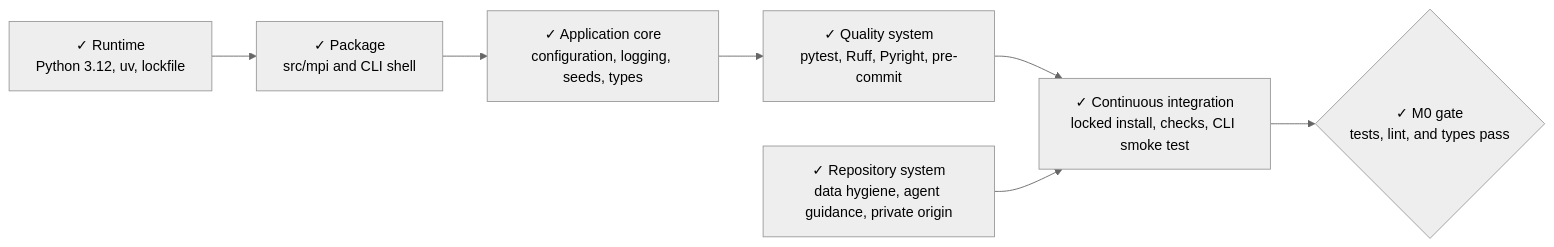
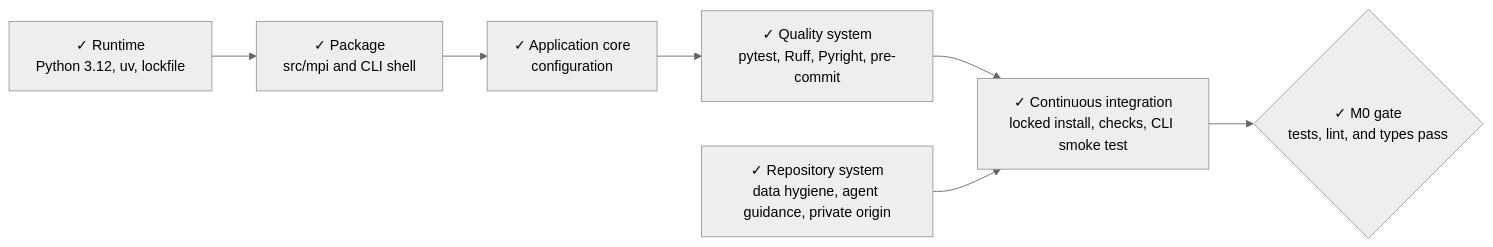
Before and after one commit to stevennitesh/manufacturing-process-intelligence: the diagram in docs/milestones/m00-foundation.md, drawn with Mermaid (neutral theme). The commit also changed 16 other files, not shown here.

````diff
--- a/docs/milestones/m00-foundation.md
+++ b/docs/milestones/m00-foundation.md
@@ -8,13 +8,13 @@
 ```mermaid
 flowchart LR
     R["✓ Runtime<br/>Python 3.12, uv, lockfile"]
     P["✓ Package<br/>src/mpi and CLI shell"]
-    C["✓ Application core<br/>configuration, logging, seeds, types"]
+    C["✓ Application core<br/>configuration"]
     Q["✓ Quality system<br/>pytest, Ruff, Pyright, pre-commit"]
     D["✓ Repository system<br/>data hygiene, agent guidance, private origin"]
     I["✓ Continuous integration<br/>locked install, checks, CLI smoke test"]
     G{"✓ M0 gate<br/>tests, lint, and types pass"}
 
     R --> P --> C --> Q --> I --> G
     D --> I
 ```
````
